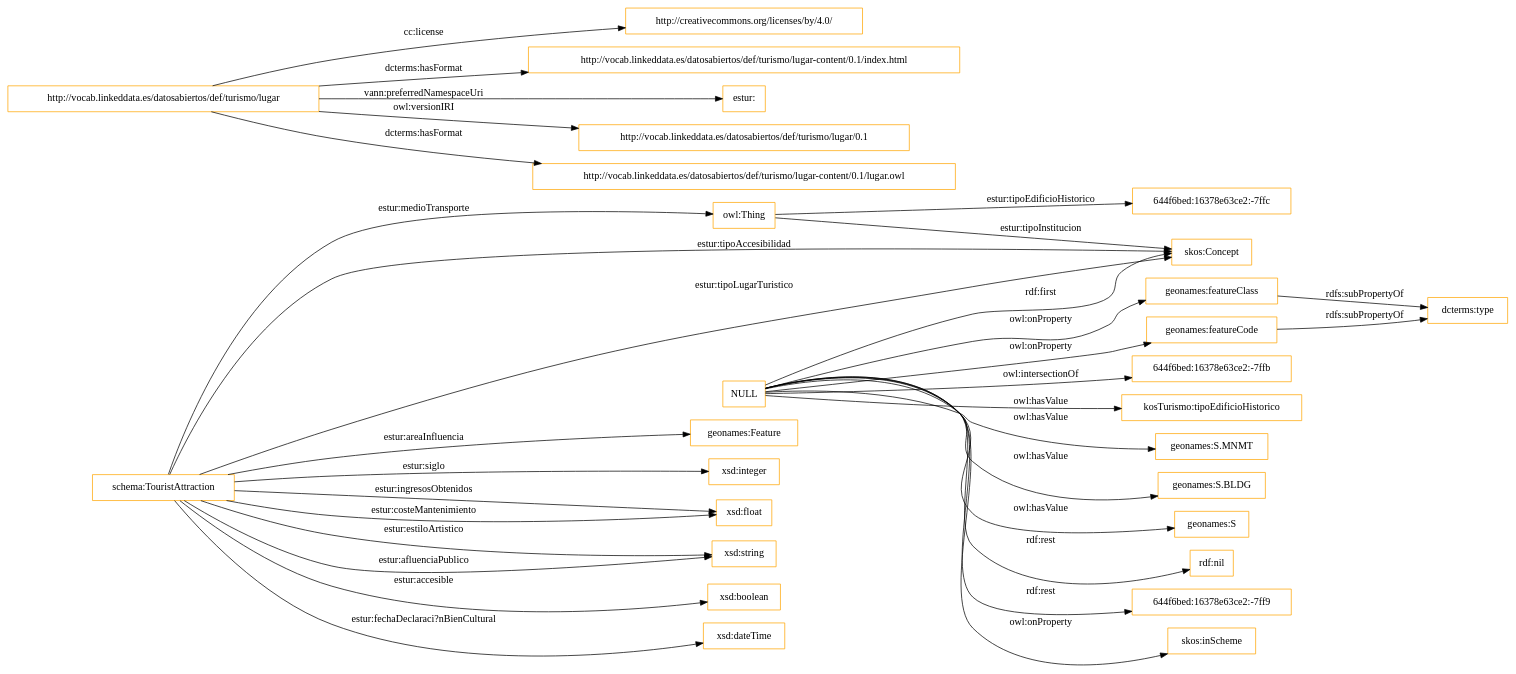
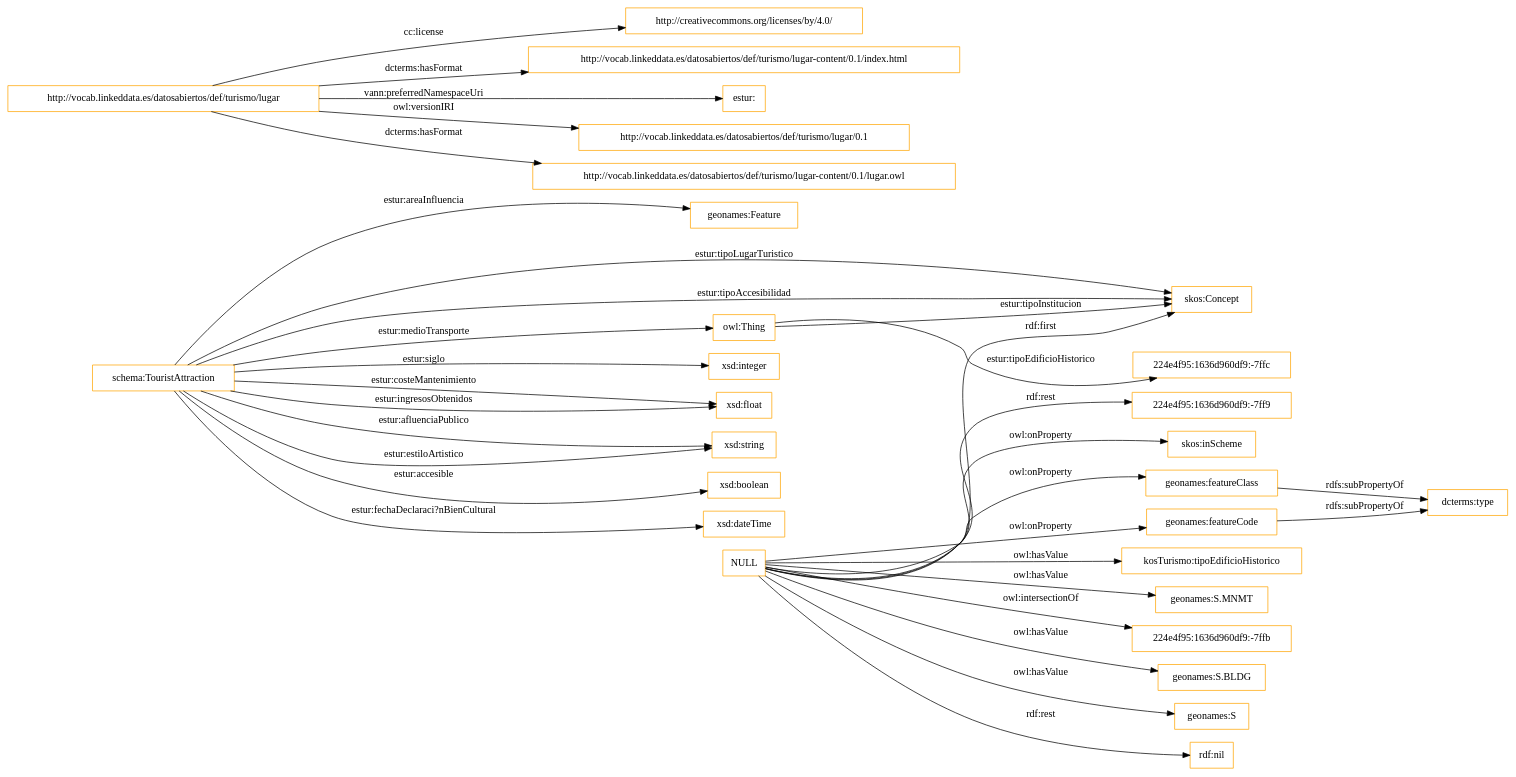
Before and after one commit to OnToologyUser/submodules: the diagram in OnToology/cultura-ocio-lugares-interes/lugar.owl/diagrams/ar2dtool-class/lugar.owl.png.dot, drawn with Graphviz. The commit also changed 26 other files, not shown here.

```diff
--- a/OnToology/cultura-ocio-lugares-interes/lugar.owl/diagrams/ar2dtool-class/lugar.owl.png.dot
+++ b/OnToology/cultura-ocio-lugares-interes/lugar.owl/diagrams/ar2dtool-class/lugar.owl.png.dot
@@ -1,37 +1,37 @@
 digraph ar2dtool_diagram { 
 rankdir=LR;
 size="1501"
-node [shape = rectangle, color="orange"]; "644f6bed:16378e63ce2:-7ffc" "geonames:Feature" "schema:TouristAttraction" "skos:Concept" ; /*classes style*/
+node [shape = rectangle, color="orange"]; "geonames:Feature" "schema:TouristAttraction" "skos:Concept" "224e4f95:1636d960df9:-7ffc" ; /*classes style*/
 	"http://vocab.linkeddata.es/datosabiertos/def/turismo/lugar" -> "http://creativecommons.org/licenses/by/4.0/" [ label = "cc:license" ];
 	"http://vocab.linkeddata.es/datosabiertos/def/turismo/lugar" -> "http://vocab.linkeddata.es/datosabiertos/def/turismo/lugar-content/0.1/index.html" [ label = "dcterms:hasFormat" ];
 	"http://vocab.linkeddata.es/datosabiertos/def/turismo/lugar" -> "estur:" [ label = "vann:preferredNamespaceUri" ];
 	"http://vocab.linkeddata.es/datosabiertos/def/turismo/lugar" -> "http://vocab.linkeddata.es/datosabiertos/def/turismo/lugar/0.1" [ label = "owl:versionIRI" ];
 	"http://vocab.linkeddata.es/datosabiertos/def/turismo/lugar" -> "http://vocab.linkeddata.es/datosabiertos/def/turismo/lugar-content/0.1/lugar.owl" [ label = "dcterms:hasFormat" ];
 	"geonames:featureClass" -> "dcterms:type" [ label = "rdfs:subPropertyOf" ];
-	"NULL" -> "644f6bed:16378e63ce2:-7ffb" [ label = "owl:intersectionOf" ];
 	"NULL" -> "geonames:featureCode" [ label = "owl:onProperty" ];
 	"NULL" -> "kosTurismo:tipoEdificioHistorico" [ label = "owl:hasValue" ];
 	"NULL" -> "geonames:S.MNMT" [ label = "owl:hasValue" ];
 	"NULL" -> "skos:Concept" [ label = "rdf:first" ];
+	"NULL" -> "224e4f95:1636d960df9:-7ffb" [ label = "owl:intersectionOf" ];
 	"NULL" -> "geonames:S.BLDG" [ label = "owl:hasValue" ];
 	"NULL" -> "geonames:S" [ label = "owl:hasValue" ];
 	"NULL" -> "rdf:nil" [ label = "rdf:rest" ];
+	"NULL" -> "224e4f95:1636d960df9:-7ff9" [ label = "rdf:rest" ];
 	"NULL" -> "geonames:featureClass" [ label = "owl:onProperty" ];
-	"NULL" -> "644f6bed:16378e63ce2:-7ff9" [ label = "rdf:rest" ];
 	"NULL" -> "skos:inScheme" [ label = "owl:onProperty" ];
 	"geonames:featureCode" -> "dcterms:type" [ label = "rdfs:subPropertyOf" ];
 	"schema:TouristAttraction" -> "owl:Thing" [ label = "estur:medioTransporte" ];
-	"owl:Thing" -> "644f6bed:16378e63ce2:-7ffc" [ label = "estur:tipoEdificioHistorico" ];
+	"owl:Thing" -> "224e4f95:1636d960df9:-7ffc" [ label = "estur:tipoEdificioHistorico" ];
 	"owl:Thing" -> "skos:Concept" [ label = "estur:tipoInstitucion" ];
 	"schema:TouristAttraction" -> "xsd:integer" [ label = "estur:siglo" ];
 	"schema:TouristAttraction" -> "geonames:Feature" [ label = "estur:areaInfluencia" ];
 	"schema:TouristAttraction" -> "skos:Concept" [ label = "estur:tipoAccesibilidad" ];
 	"schema:TouristAttraction" -> "xsd:float" [ label = "estur:ingresosObtenidos" ];
 	"schema:TouristAttraction" -> "skos:Concept" [ label = "estur:tipoLugarTuristico" ];
 	"schema:TouristAttraction" -> "xsd:string" [ label = "estur:estiloArtistico" ];
 	"schema:TouristAttraction" -> "xsd:string" [ label = "estur:afluenciaPublico" ];
 	"schema:TouristAttraction" -> "xsd:boolean" [ label = "estur:accesible" ];
 	"schema:TouristAttraction" -> "xsd:float" [ label = "estur:costeMantenimiento" ];
 	"schema:TouristAttraction" -> "xsd:dateTime" [ label = "estur:fechaDeclaraci?nBienCultural" ];
 
 }
```
